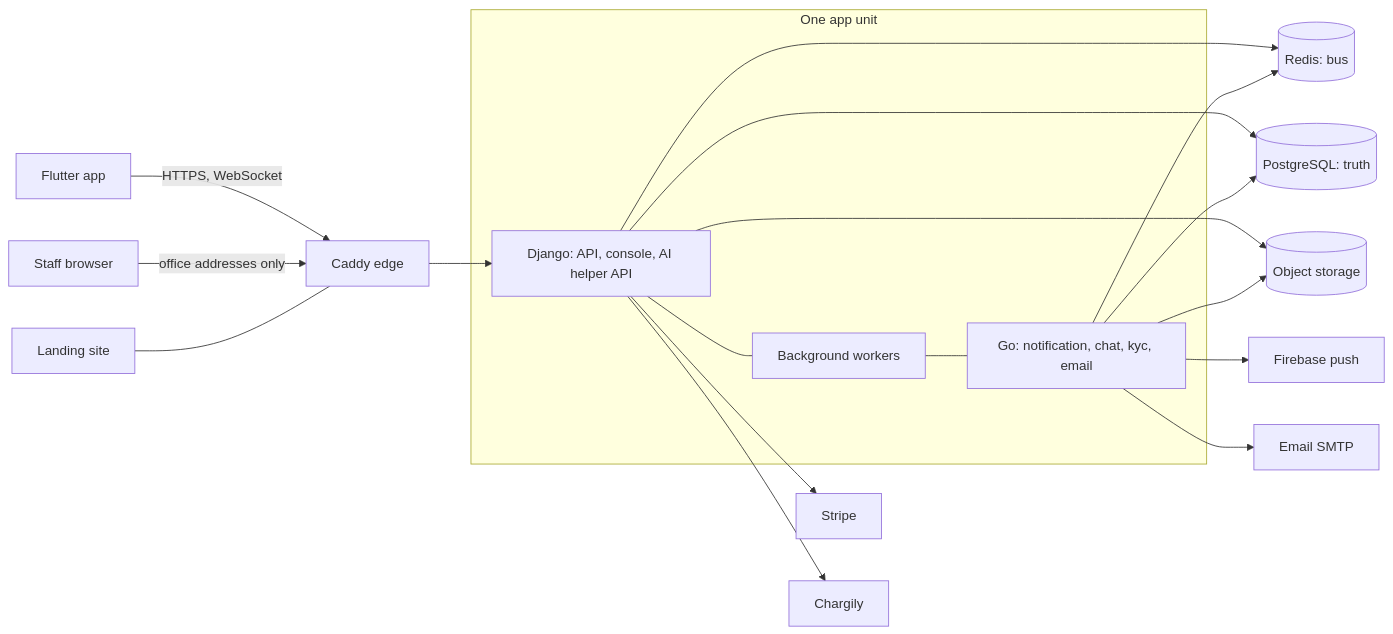
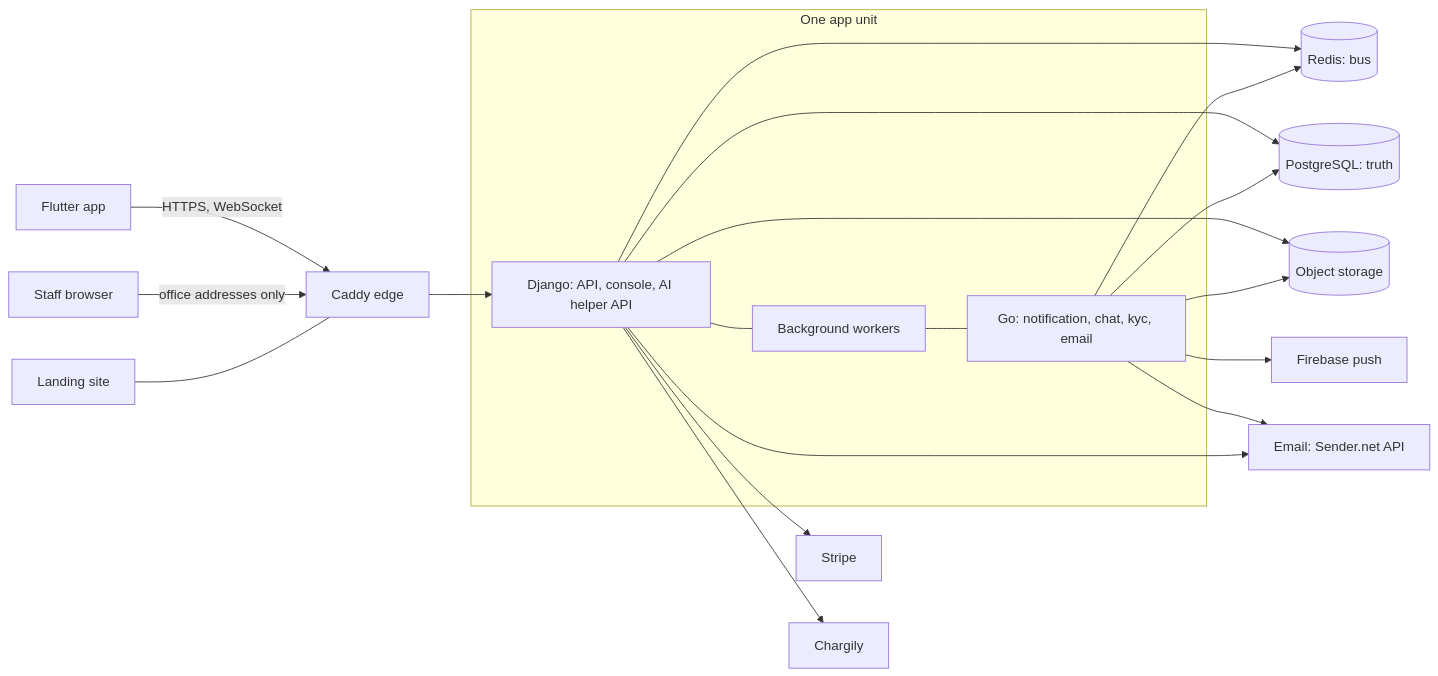
Before and after one commit to is-bo/shiptripis: the first of 8 diagrams in backend/monolith/apps/admin_helper/skill/knowledge/architecture-and-diagrams.md, drawn with Mermaid. The commit also changed other lines of this file and 14 other files, not shown here.

````diff
--- a/backend/monolith/apps/admin_helper/skill/knowledge/architecture-and-diagrams.md
+++ b/backend/monolith/apps/admin_helper/skill/knowledge/architecture-and-diagrams.md
@@ -58,20 +58,21 @@
 ```mermaid
 flowchart LR
     App[Flutter app] -->|HTTPS, WebSocket| Edge[Caddy edge]
     Staff[Staff browser] -->|office addresses only| Edge
     Web[Landing site] --- Edge
     Edge --> Django
     subgraph Unit["One app unit"]
         Django["Django: API, console, AI helper API"] --- Workers["Background workers"] --- Go["Go: notification, chat, kyc, email"]
     end
     Django --> PG[("PostgreSQL: truth")]
     Django --> Redis[("Redis: bus")]
     Go --> Redis
     Go --> PG
     Django --> Files[(Object storage)]
     Go --> Files
     Django --> Stripe[Stripe]
     Django --> Chargily[Chargily]
     Go --> FCM[Firebase push]
-    Go --> Mail[Email SMTP]
+    Go --> Mail[Email: Sender.net API]
+    Django --> Mail
 ```
````
